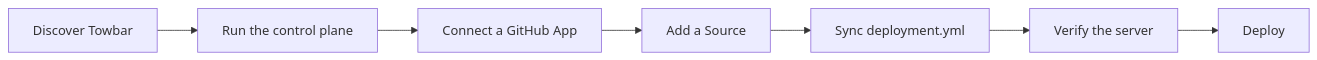
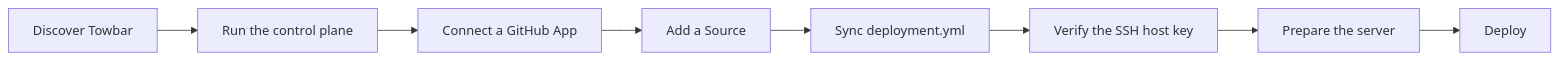
Before and after one commit to avgeek-inc/towbar: the diagram in README.md, drawn with Mermaid. The commit also changed 43 other files, not shown here.

````diff
--- a/README.md
+++ b/README.md
@@ -9,9 +9,10 @@
 ```mermaid
 flowchart LR
   discover[Discover Towbar] --> install[Run the control plane]
   install --> github[Connect a GitHub App]
   github --> source[Add a Source]
   source --> sync[Sync deployment.yml]
-  sync --> verify[Verify the server]
-  verify --> deploy[Deploy]
+  sync --> verify[Verify the SSH host key]
+  verify --> prepare[Prepare the server]
+  prepare --> deploy[Deploy]
 ```
````
